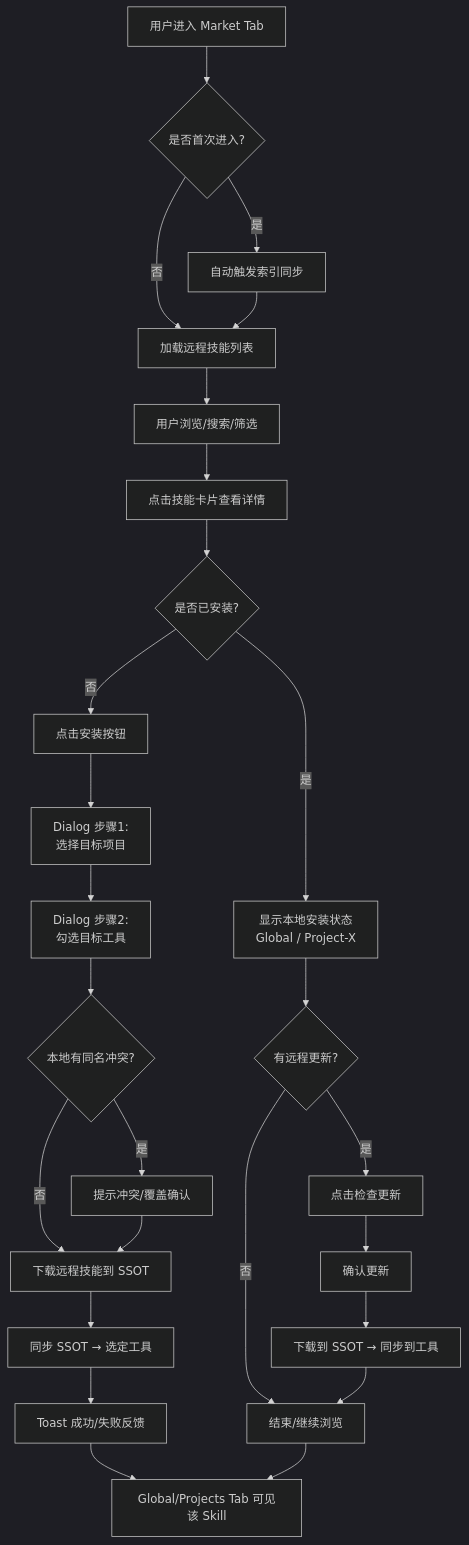
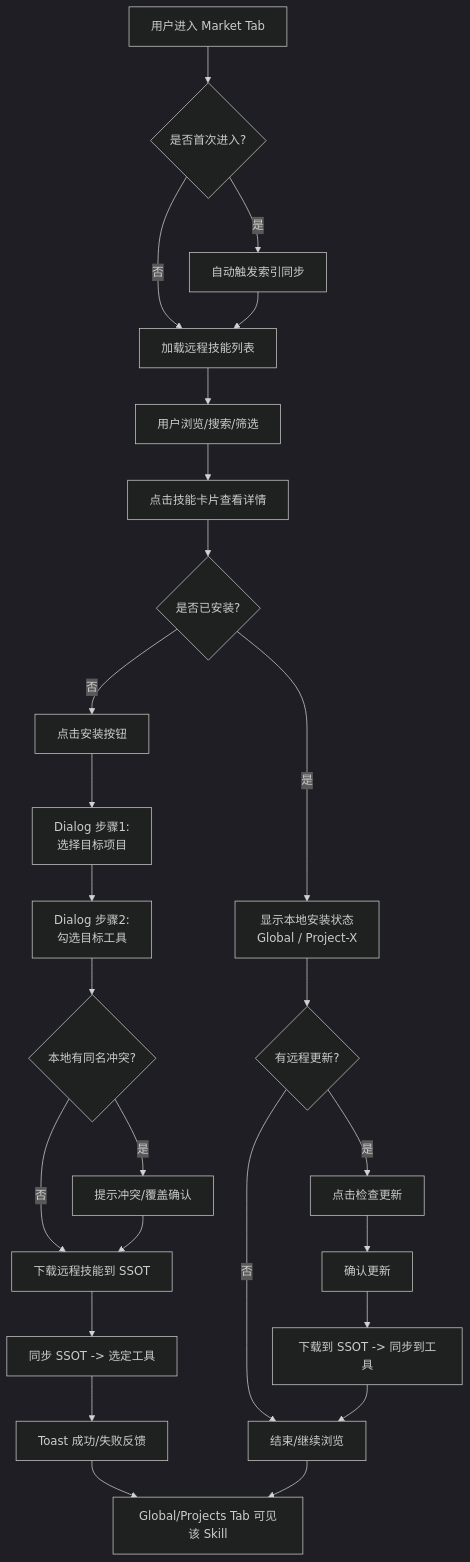
Before and after one commit to melondy101/sync-skills: the diagram in doc/PRD.md, drawn with Mermaid (dark theme). The commit also changed other lines of this file and 109 other files, not shown here.

````diff
--- a/doc/PRD.md
+++ b/doc/PRD.md
@@ -233,28 +303,28 @@
 ```mermaid
 flowchart TD
     A[用户进入 Market Tab] --> B{是否首次进入?}
     B -->|是| C[自动触发索引同步]
     B -->|否| D[加载远程技能列表]
     C --> D
     D --> E[用户浏览/搜索/筛选]
     E --> F[点击技能卡片查看详情]
     F --> G{是否已安装?}
     G -->|否| H[点击安装按钮]
     G -->|是| I[显示本地安装状态<br/>Global / Project-X]
     I --> J{有远程更新?}
     J -->|是| K[点击检查更新]
     J -->|否| L[结束/继续浏览]
     K --> M[确认更新]
-    M --> N[下载到 SSOT → 同步到工具]
+    M --> N[下载到 SSOT -> 同步到工具]
     N --> L
     H --> O[Dialog 步骤1:<br/>选择目标项目]
     O --> P[Dialog 步骤2:<br/>勾选目标工具]
     P --> Q{本地有同名冲突?}
     Q -->|是| R[提示冲突/覆盖确认]
     Q -->|否| S[下载远程技能到 SSOT]
     R --> S
-    S --> T[同步 SSOT → 选定工具]
+    S --> T[同步 SSOT -> 选定工具]
     T --> U[Toast 成功/失败反馈]
     U --> V[Global/Projects Tab 可见该 Skill]
     L --> V
 ```
````
